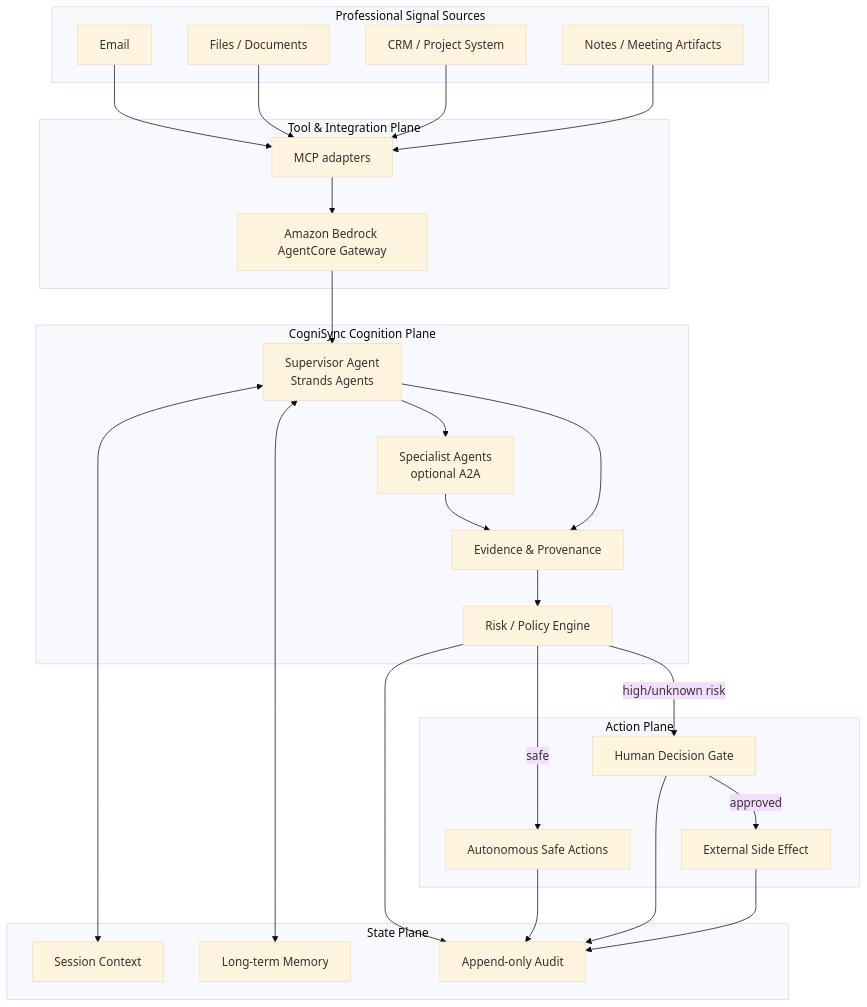
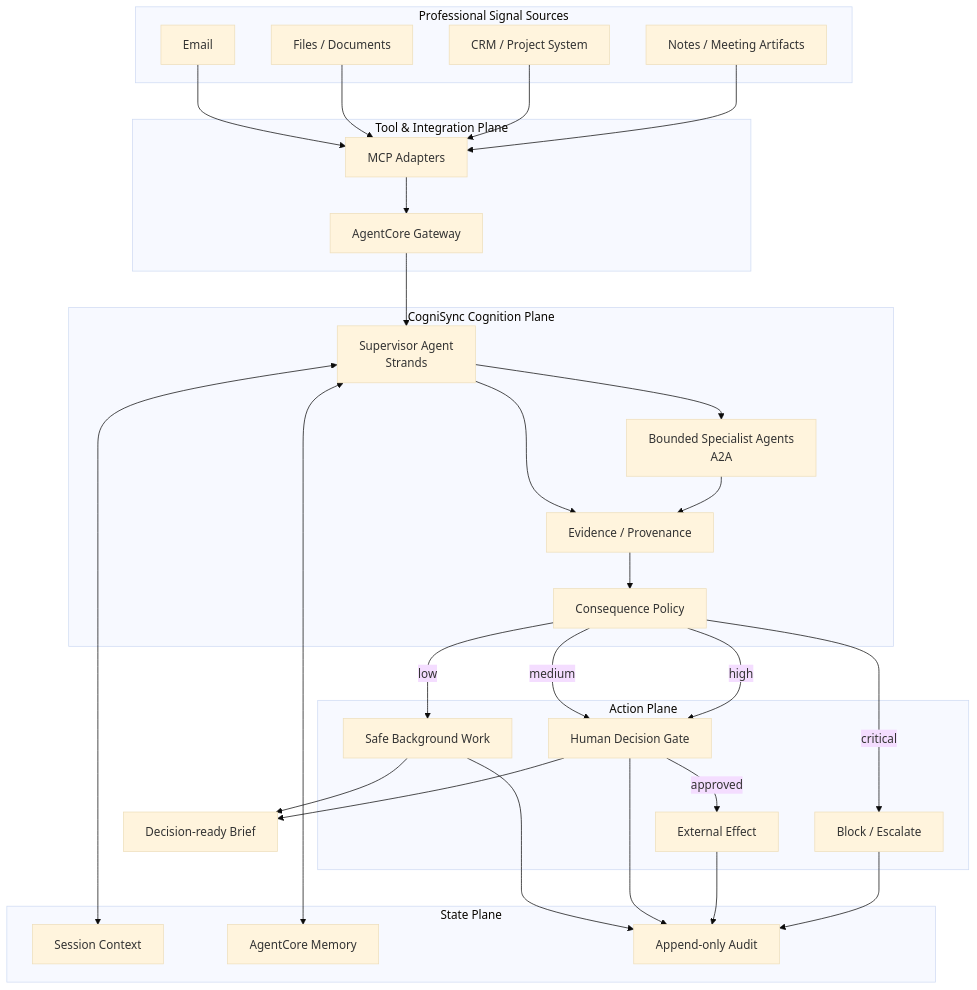
One commit to fotografandrzejmikulski-bit/Agents-for-Humans-Hackathon changed the diagram in docs/ARCHITECTURE.md. Above: the diagram before and after it, drawn with Mermaid (base theme). The commit also changed other lines of this file, not shown here.

Commit message:
Refine architecture specification for production credibility

````diff
--- a/docs/ARCHITECTURE.md
+++ b/docs/ARCHITECTURE.md
@@ -13,52 +13,52 @@
 ```mermaid
 flowchart TB
   subgraph Sources[Professional Signal Sources]
     E[Email]
     F[Files / Documents]
     C[CRM / Project System]
     N[Notes / Meeting Artifacts]
   end
-
   subgraph ToolPlane[Tool & Integration Plane]
-    M[MCP adapters]
-    G[Amazon Bedrock AgentCore Gateway]
+    M[MCP Adapters]
+    G[AgentCore Gateway]
   end
-
   subgraph Cognition[CogniSync Cognition Plane]
-    S[Supervisor Agent\nStrands Agents]
-    X[Specialist Agents\noptional A2A]
-    R[Risk / Policy Engine]
-    V[Evidence & Provenance]
+    S[Supervisor Agent\nStrands]
+    X[Bounded Specialist Agents\nA2A]
+    V[Evidence / Provenance]
+    R[Consequence Policy]
   end
-
   subgraph State[State Plane]
     STM[Session Context]
-    LTM[Long-term Memory]
+    LTM[AgentCore Memory]
     A[Append-only Audit]
   end
-
   subgraph Action[Action Plane]
-    BG[Autonomous Safe Actions]
+    BG[Safe Background Work]
     HITL[Human Decision Gate]
-    O[External Side Effect]
+    O[External Effect]
+    BL[Block / Escalate]
   end
-
   E --> M
   F --> M
   C --> M
   N --> M
   M --> G --> S
   S <--> STM
   S <--> LTM
   S --> X
+  S --> V
   X --> V
-  S --> V
   V --> R
-  R -->|safe| BG
-  R -->|high/unknown risk| HITL
+  R -->|low| BG
+  R -->|medium| HITL
+  R -->|high| HITL
+  R -->|critical| BL
   HITL -->|approved| O
-  R --> A
   BG --> A
   HITL --> A
   O --> A
+  BL --> A
+  BG --> OUT[Decision-ready Brief]
+  HITL --> OUT
 ```
````
